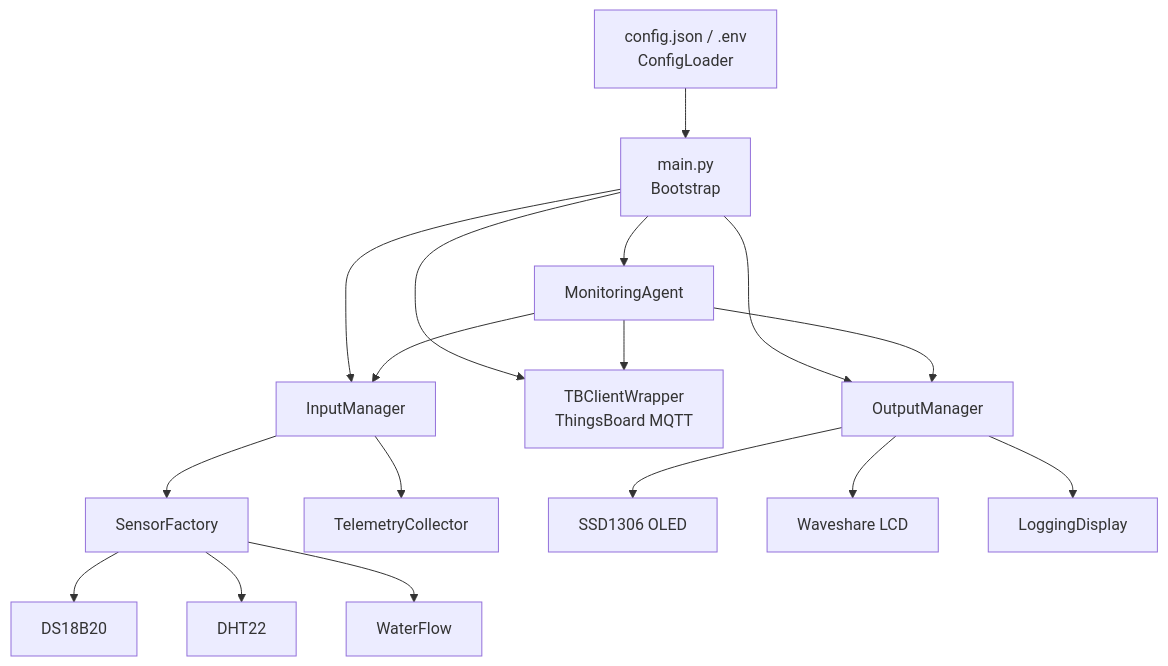
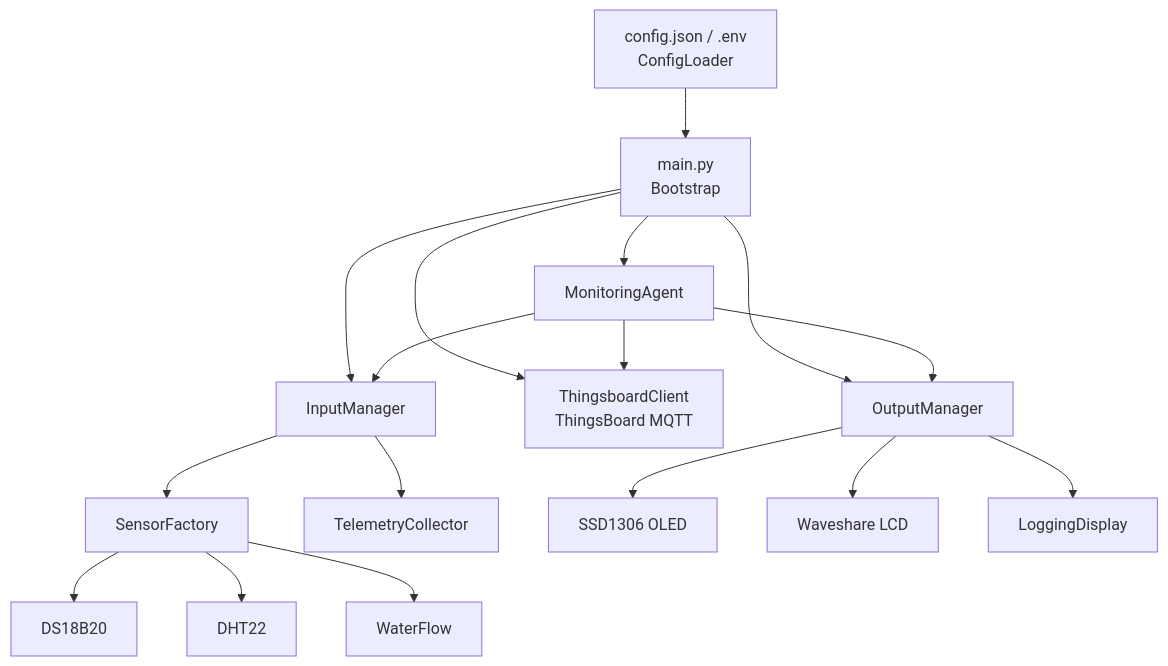
The diagram in docs/ARCHITECTURE.md (Ryan-Atkinson87/trive_aquasense), drawn with Mermaid before and after one commit. The commit also changed other lines of this file and 3 other files, not shown here.

````diff
--- a/docs/ARCHITECTURE.md
+++ b/docs/ARCHITECTURE.md
@@ -7,37 +7,37 @@
 ```mermaid
 flowchart TD
     CFG[config.json / .env\nConfigLoader]
     MAIN[main.py\nBootstrap]
     IM[InputManager]
     SF[SensorFactory]
     TC[TelemetryCollector]
     S1[DS18B20]
     S2[DHT22]
     S3[WaterFlow]
     MA[MonitoringAgent]
-    TB[TBClientWrapper\nThingsBoard MQTT]
+    TB[ThingsboardClient\nThingsBoard MQTT]
     OM[OutputManager]
     D1[SSD1306 OLED]
     D2[Waveshare LCD]
     D3[LoggingDisplay]
 
     CFG --> MAIN
     MAIN --> MA
     MAIN --> IM
     MAIN --> OM
     MAIN --> TB
 
     MA --> IM
     MA --> OM
     MA --> TB
 
     IM --> SF
     IM --> TC
     SF --> S1
     SF --> S2
     SF --> S3
 
     OM --> D1
     OM --> D2
     OM --> D3
 ```
````
